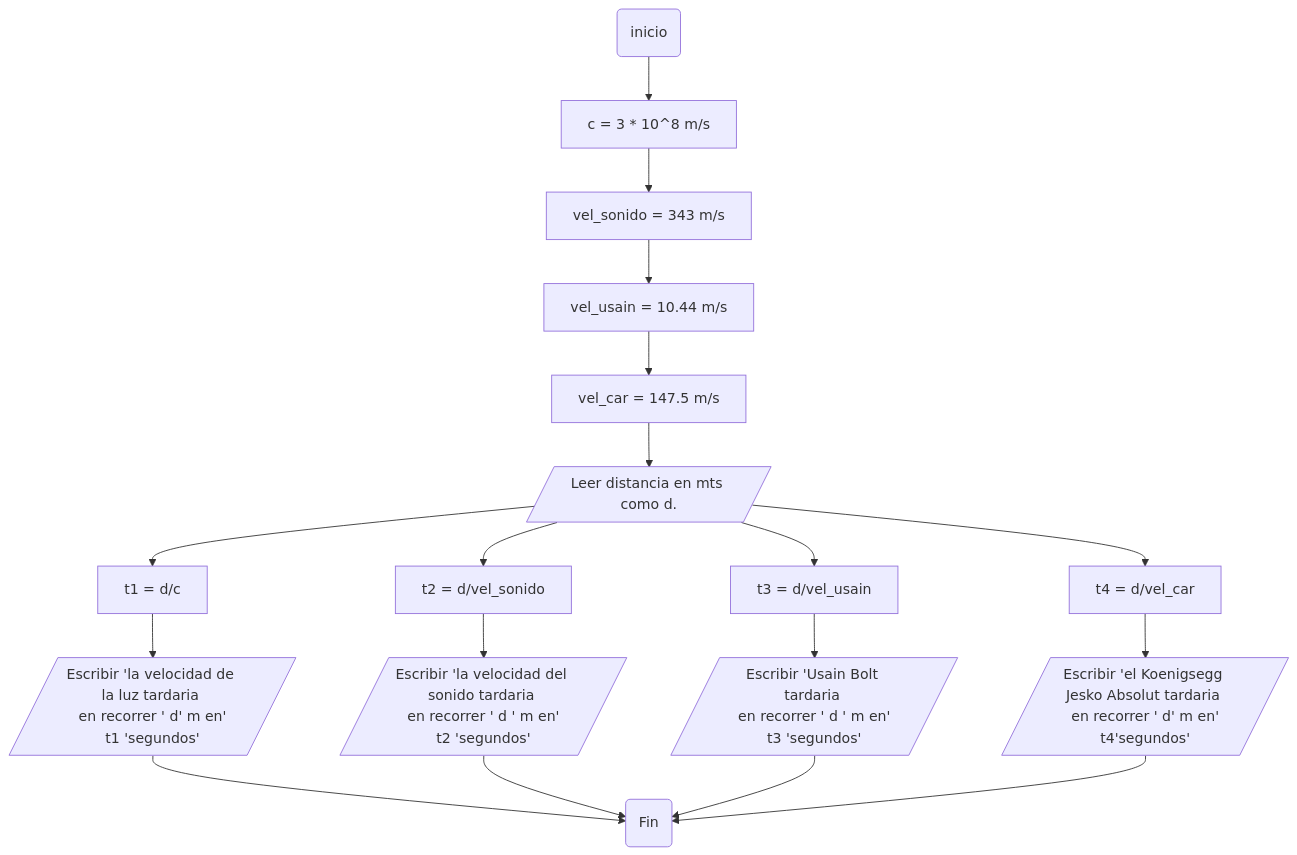
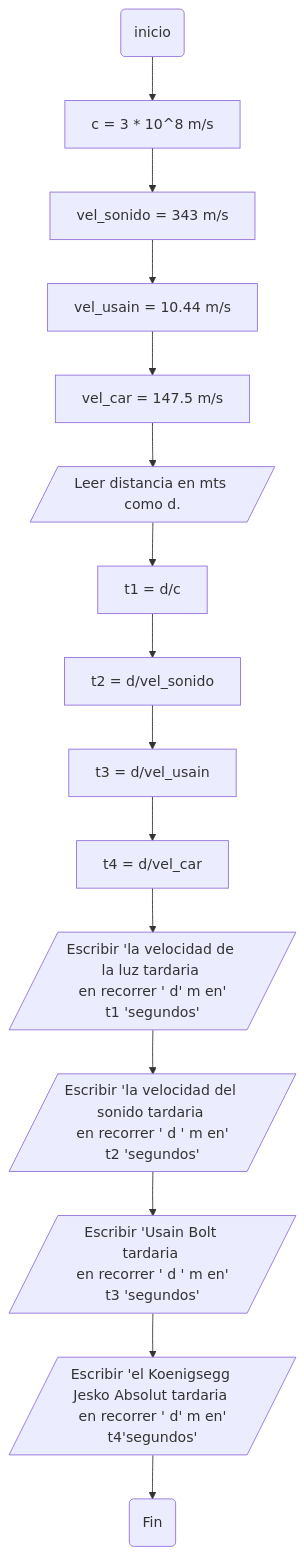
Before and after one commit to abellol/Taller_1_PDC: the second of 2 diagrams in README.md, drawn with Mermaid.

````diff
--- a/README.md
+++ b/README.md
@@ -175,40 +175,41 @@
 ```mermaid
 flowchart TD
 A(inicio)
 B[c = 3 * 10^8 m/s]
 C[vel_sonido = 343 m/s]
 D[vel_usain = 10.44 m/s]
 E[vel_car = 147.5 m/s]
 F[/Leer distancia en mts como d./]
 G[t1 = d/c]
 H[t2 = d/vel_sonido]
 I[t3 = d/vel_usain]
 J[t4 = d/vel_car]
 K[/Escribir 'la velocidad de la luz tardaria 
 en recorrer ' d' m en'
 t1 'segundos'/]
 L[/Escribir 'la velocidad del sonido tardaria 
 en recorrer ' d ' m en'
 t2 'segundos'/]
 M[/Escribir 'Usain Bolt tardaria 
 en recorrer ' d ' m en'
 t3 'segundos'/]
 N[/Escribir 'el Koenigsegg Jesko Absolut tardaria 
 en recorrer ' d' m en'
 t4'segundos'/]
 Z(Fin)
 
 A --> B
 B --> C
 C --> D
 D --> E
 E --> F
 F --> G
-F --> H
-F --> I
-F --> J 
-G --> K--> Z
-H --> L--> Z
-I --> M--> Z
-J --> N --> Z
+G --> H
+H --> I
+I --> J 
+J --> K
+K --> L
+L --> M
+M --> N
+N --> Z
   ```
````
